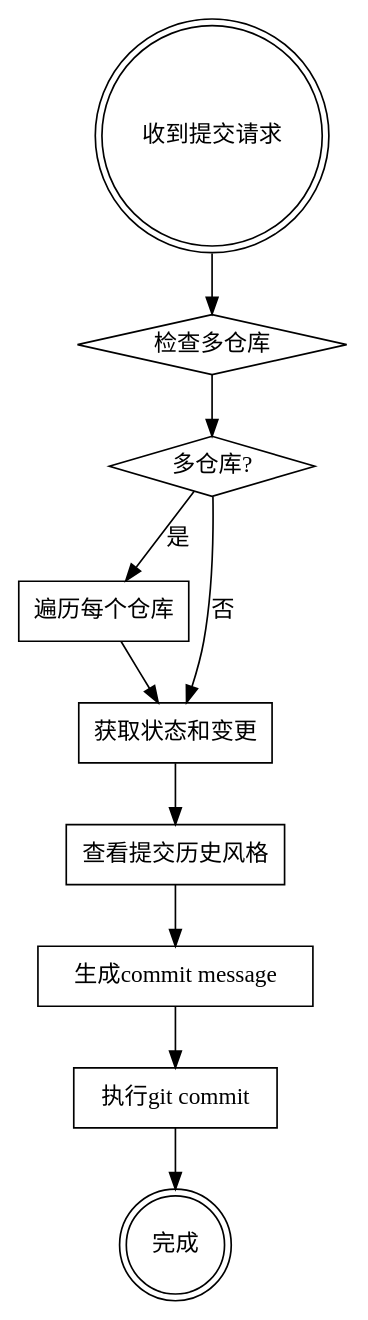
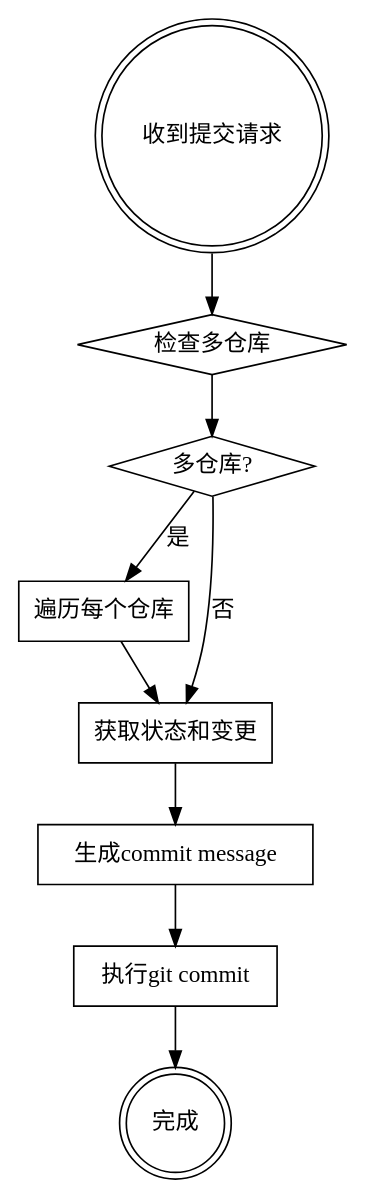
Before and after one commit to starzn/micro-skills: the diagram in skills/git-commit/SKILL.md, drawn with Graphviz. The commit also changed other lines of this file, not shown here.

Commit message:
fix: 修改skill描述

````diff
--- a/skills/git-commit/SKILL.md
+++ b/skills/git-commit/SKILL.md
@@ -18,23 +18,21 @@
 ```dot
 digraph commit_flow {
     "收到提交请求" [shape=doublecircle];
     "检查多仓库" [shape=diamond];
     "多仓库?" [shape=diamond];
     "遍历每个仓库" [shape=box];
     "获取状态和变更" [shape=box];
-    "查看提交历史风格" [shape=box];
     "生成commit message" [shape=box];
     "执行git commit" [shape=box];
     "完成" [shape=doublecircle];
 
     "收到提交请求" -> "检查多仓库";
     "检查多仓库" -> "多仓库?";
     "多仓库?" -> "遍历每个仓库" [label="是"];
     "多仓库?" -> "获取状态和变更" [label="否"];
     "遍历每个仓库" -> "获取状态和变更";
-    "获取状态和变更" -> "查看提交历史风格";
-    "查看提交历史风格" -> "生成commit message";
+    "获取状态和变更" -> "生成commit message";
     "生成commit message" -> "执行git commit";
     "执行git commit" -> "完成";
 }
 ```
````
